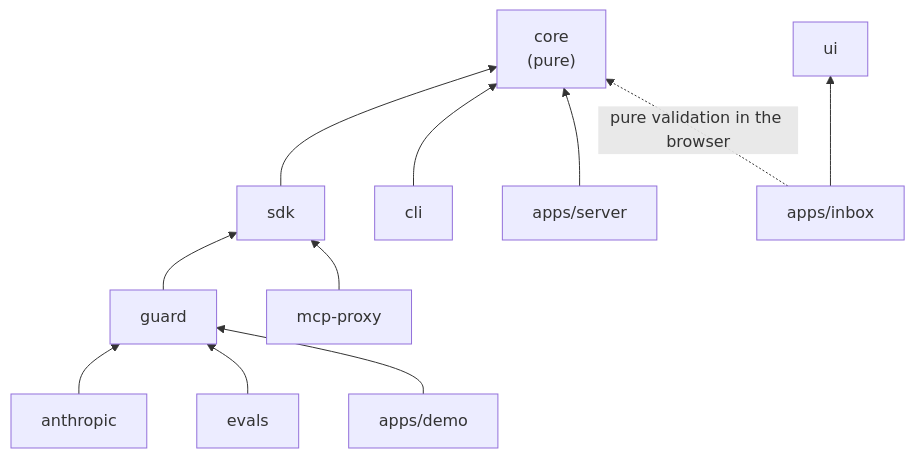
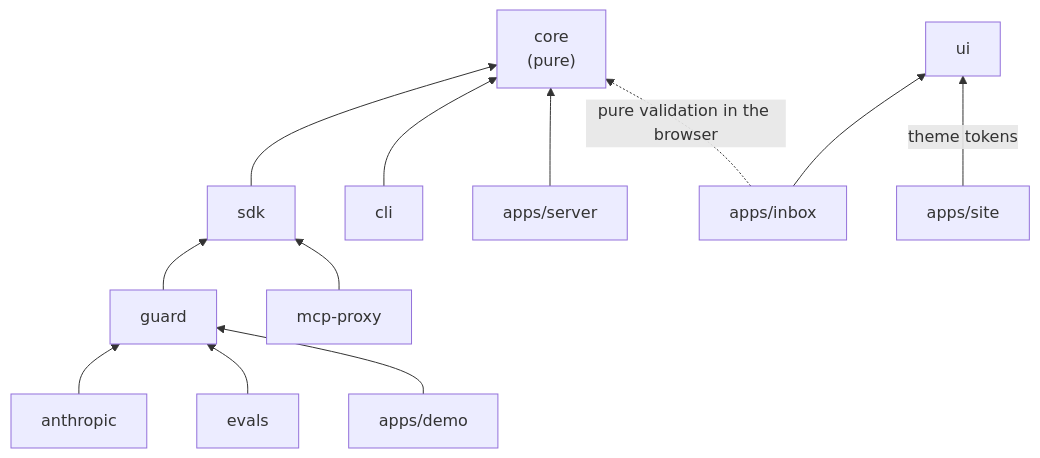
The diagram in docs/STRUCTURE.md (AbdullahMukadam/intentlock), drawn with Mermaid before and after one commit. The commit also changed other lines of this file and 23 other files, not shown here.

````diff
--- a/docs/STRUCTURE.md
+++ b/docs/STRUCTURE.md
@@ -488,14 +504,15 @@
 ```mermaid
 flowchart BT
     core["core<br/>(pure)"]
     sdk --> core
     guard --> sdk
     anthropic --> guard
     cli --> core
     evals --> guard
     mcp["mcp-proxy"] --> sdk
     server["apps/server"] --> core
     demo["apps/demo"] --> guard
     inbox["apps/inbox"] -.->|pure validation in the browser| core
     inbox --> ui["ui"]
+    site["apps/site"] -->|theme tokens| ui
 ```
````
